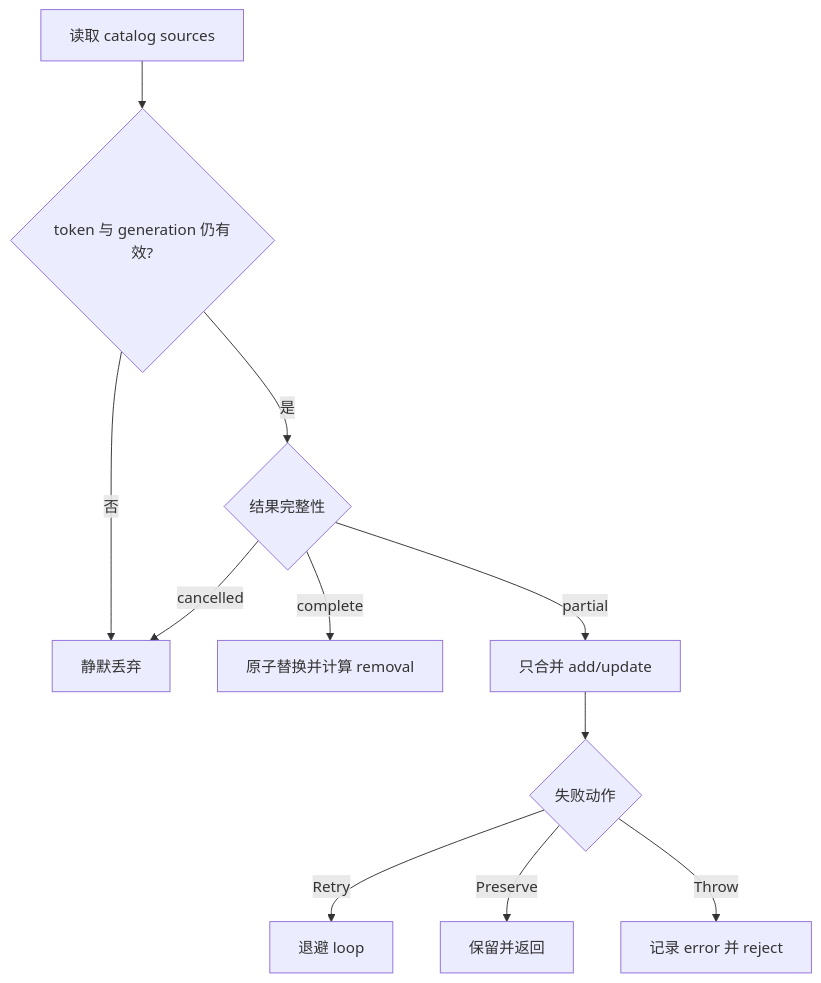
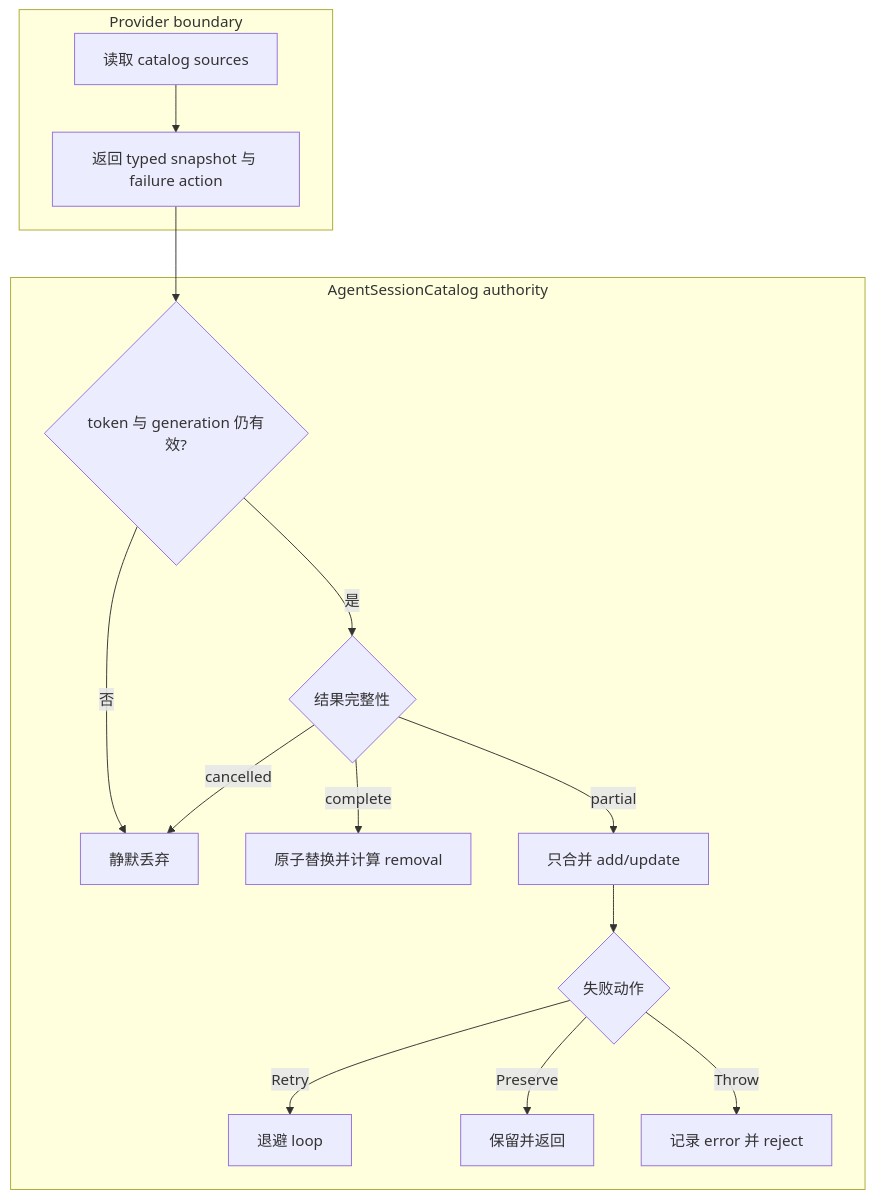
One commit to ActivePeter/vibe-vscode changed the first of 2 diagrams in vibe_vscode_doc/design/reliable_agent_session_catalog.md. Above: the diagram before and after it, drawn with Mermaid. The commit also changed other lines of this file and 4 other files, not shown here.

Commit message:
docs: standardize design flows on Mermaid

````diff
--- a/vibe_vscode_doc/design/reliable_agent_session_catalog.md
+++ b/vibe_vscode_doc/design/reliable_agent_session_catalog.md
@@ -103,13 +103,30 @@
 ```mermaid
 flowchart TD
-    Read[读取 catalog sources] --> Current{token 与 generation 仍有效?}
-    Current -- 否 --> Drop[静默丢弃]
-    Current -- 是 --> Kind{结果完整性}
-    Kind -- complete --> Replace[原子替换并计算 removal]
-    Kind -- partial --> Merge[只合并 add/update]
-    Kind -- cancelled --> Drop
-    Merge --> Failure{失败动作}
-    Failure -- Retry --> Loop[退避 loop]
-    Failure -- Preserve --> Keep[保留并返回]
-    Failure -- Throw --> Reject[记录 error 并 reject]
+    subgraph Provider["Provider boundary"]
+        Read[读取 catalog sources] --> Snapshot[返回 typed snapshot 与 failure action]
+    end
+
+    subgraph Catalog["AgentSessionCatalog authority"]
+        Current{token 与 generation 仍有效?}
+        Drop[静默丢弃]
+        Kind{结果完整性}
+        Replace[原子替换并计算 removal]
+        Merge[只合并 add/update]
+        Failure{失败动作}
+        Loop[退避 loop]
+        Keep[保留并返回]
+        Reject[记录 error 并 reject]
+
+        Current -- 否 --> Drop
+        Current -- 是 --> Kind
+        Kind -- complete --> Replace
+        Kind -- partial --> Merge
+        Kind -- cancelled --> Drop
+        Merge --> Failure
+        Failure -- Retry --> Loop
+        Failure -- Preserve --> Keep
+        Failure -- Throw --> Reject
+    end
+
+    Snapshot --> Current
 ```
````
